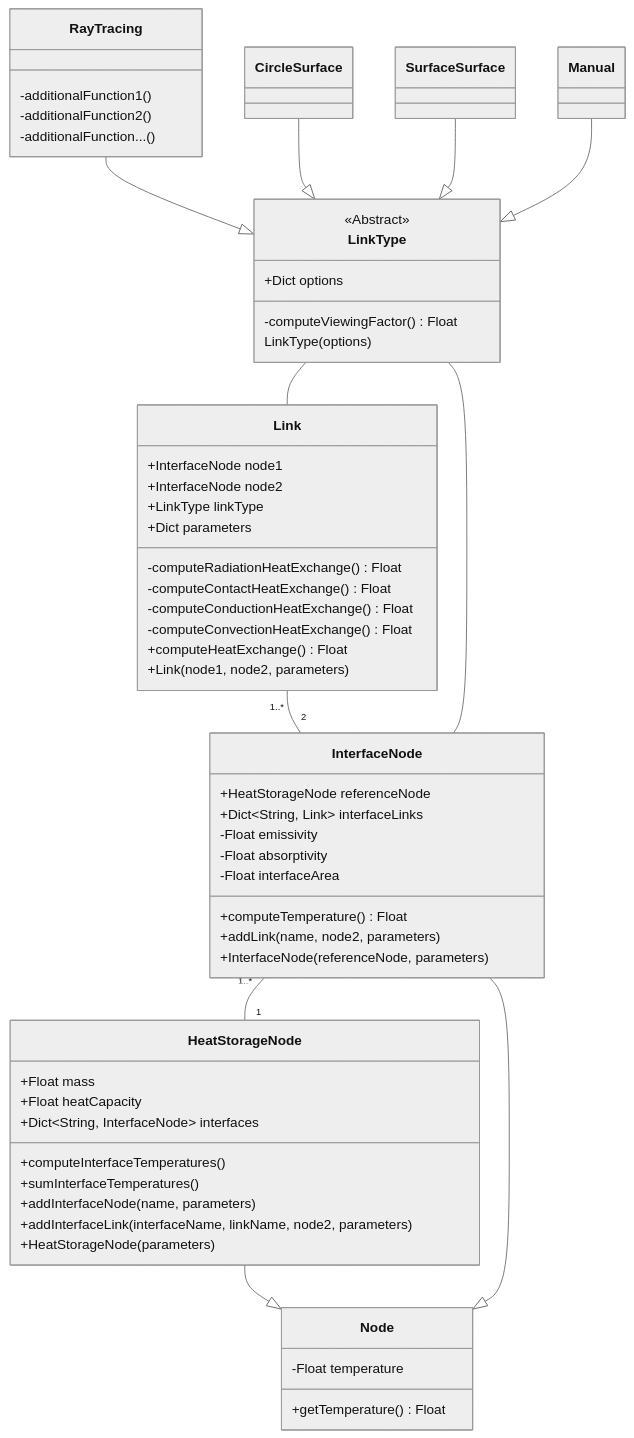
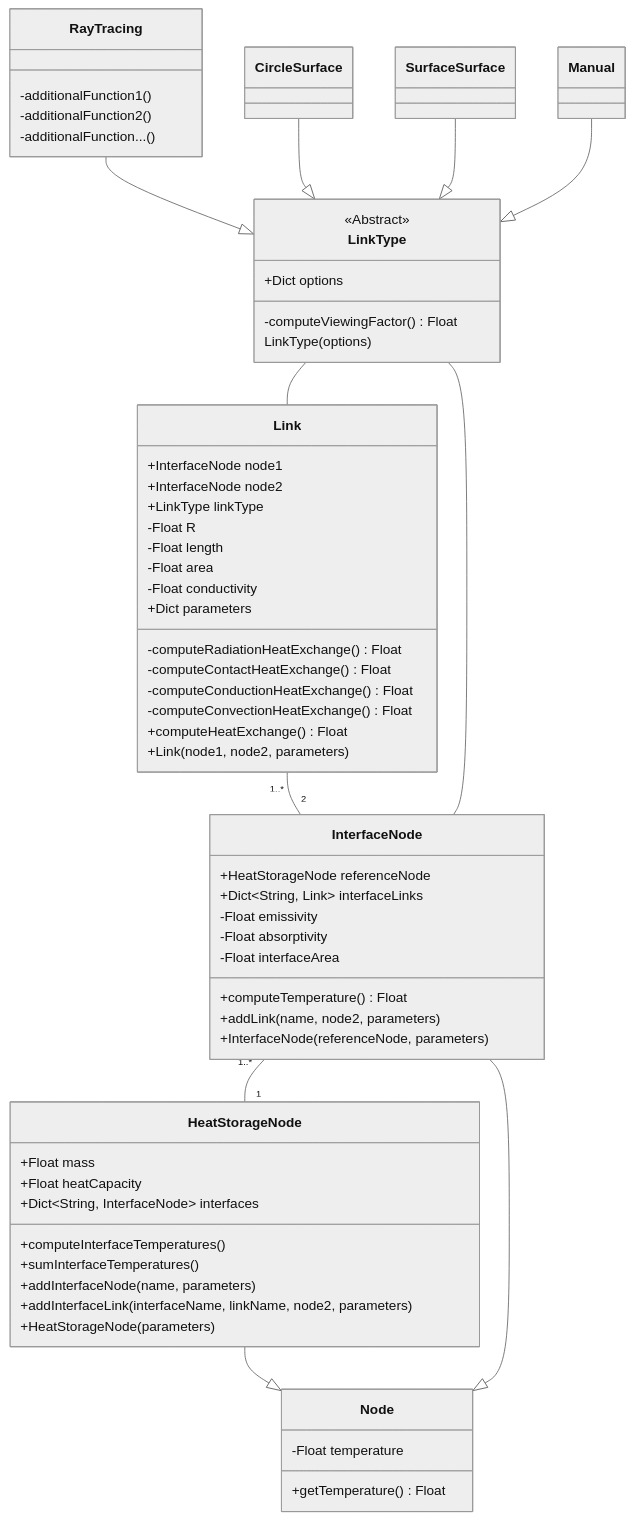
The diagram in class-diagram/class-diagram.mmd (niveK77pur/ISM-Thermal-Model), drawn with Mermaid (neutral theme) before and after one commit. The commit also changed 1 other file, not shown here.

```diff
--- a/class-diagram/class-diagram.mmd
+++ b/class-diagram/class-diagram.mmd
@@ -1,72 +1,76 @@
 classDiagram
 
 
 class Node {
     -Float temperature
     +getTemperature() Float
 }
 
 class HeatStorageNode {
     +Float mass
     +Float heatCapacity
     +Dict~String, InterfaceNode~ interfaces
     +computeInterfaceTemperatures()
     +sumInterfaceTemperatures()
     +addInterfaceNode(name, parameters)
     +addInterfaceLink(interfaceName, linkName, node2, parameters)
     +HeatStorageNode(parameters)
 }
 
 class InterfaceNode {
     +HeatStorageNode referenceNode
     +Dict~String, Link~ interfaceLinks
     -Float emissivity
     -Float absorptivity
     -Float interfaceArea
     +computeTemperature() Float
     +addLink(name, node2, parameters)
     +InterfaceNode(referenceNode, parameters)
 }
 
 class Link {
     +InterfaceNode node1
     +InterfaceNode node2
     +LinkType linkType
+    -Float R
+    -Float length
+    -Float area
+    -Float conductivity
     +Dict parameters
     -computeRadiationHeatExchange() Float
     -computeContactHeatExchange() Float
     -computeConductionHeatExchange() Float
     -computeConvectionHeatExchange() Float
     +computeHeatExchange() Float
     +Link(node1, node2, parameters)
 }
 
 
 class LinkType {
     <<Abstract>>
     +Dict options
     -computeViewingFactor() Float
     LinkType(options)
 }
 
 class RayTracing {
     -additionalFunction1()
     -additionalFunction2()
     -additionalFunction...()
 }
 
 
 HeatStorageNode --|> Node
 InterfaceNode --|> Node
 
 RayTracing --|> LinkType
 CircleSurface --|> LinkType
 SurfaceSurface --|> LinkType
 Manual --|> LinkType
 
 Link "1..*" -- "2" InterfaceNode
 
 InterfaceNode "1..*" -- "1" HeatStorageNode
 
 LinkType -- Link
 LinkType -- InterfaceNode
```
